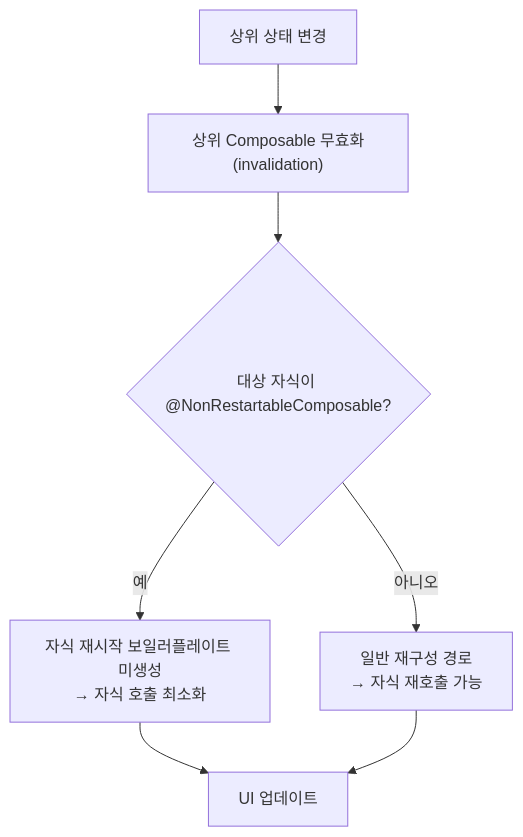
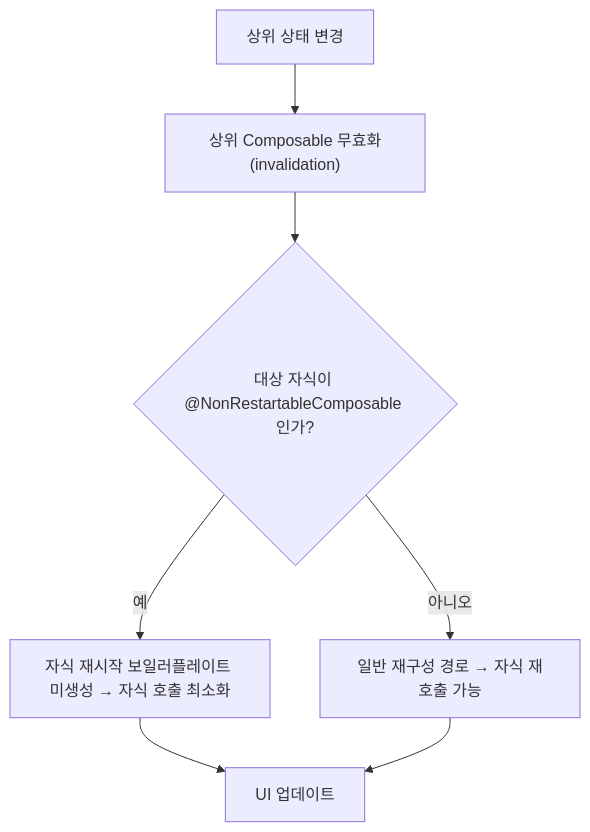
Before and after one commit to LeeYoonSam/DevStudy: the diagram in Android/JetpackCompose/Internals/ComposeCompiler/NonRestartableComposable/README.md, drawn with Mermaid. The commit also changed 3 other files, not shown here.

Commit message:
Mermaid 파싱 오류 수정

````diff
--- a/Android/JetpackCompose/Internals/ComposeCompiler/NonRestartableComposable/README.md
+++ b/Android/JetpackCompose/Internals/ComposeCompiler/NonRestartableComposable/README.md
@@ -67,9 +67,9 @@
 ```mermaid
 flowchart TD
   A["상위 상태 변경"] --> B["상위 Composable 무효화(invalidation)"]
-  B --> C{"대상 자식이 @NonRestartableComposable?"}
-  C -- "예" --> D["자식 재시작 보일러플레이트 미생성<br/>→ 자식 호출 최소화"]
-  C -- "아니오" --> E["일반 재구성 경로<br/>→ 자식 재호출 가능"]
+  B --> C{"대상 자식이 @NonRestartableComposable 인가?"}
+  C -- "예" --> D["자식 재시작 보일러플레이트 미생성 → 자식 호출 최소화"]
+  C -- "아니오" --> E["일반 재구성 경로 → 자식 재호출 가능"]
   D --> F["UI 업데이트"]
   E --> F
 ```
````
